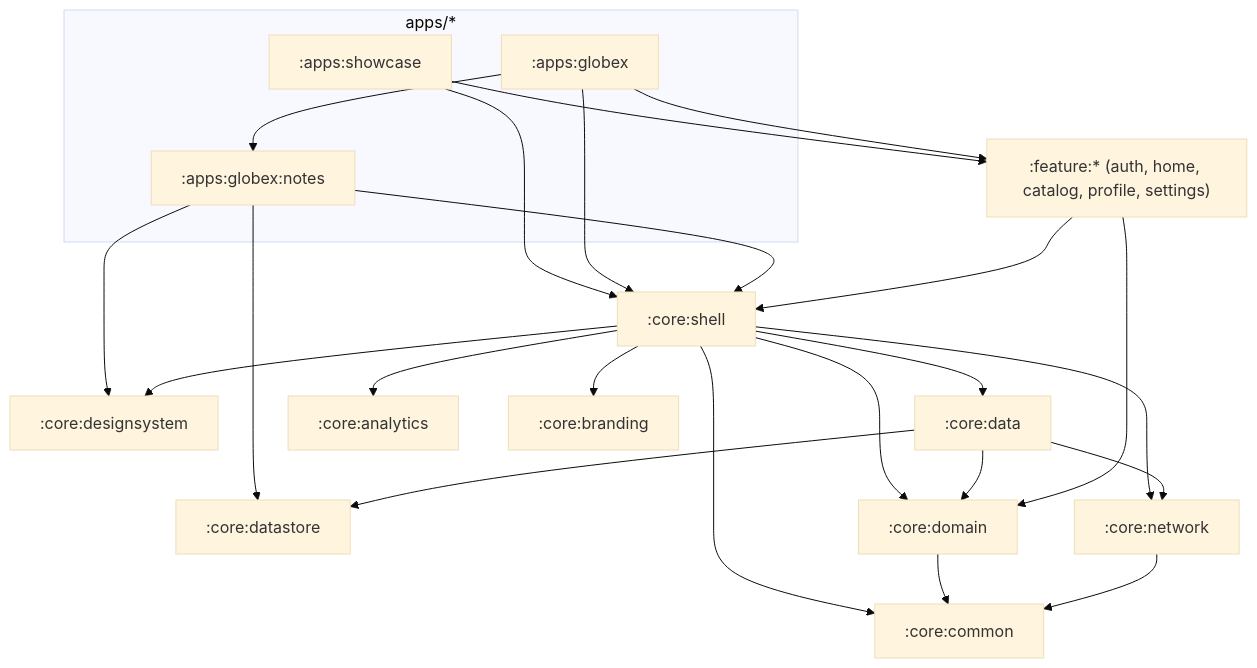
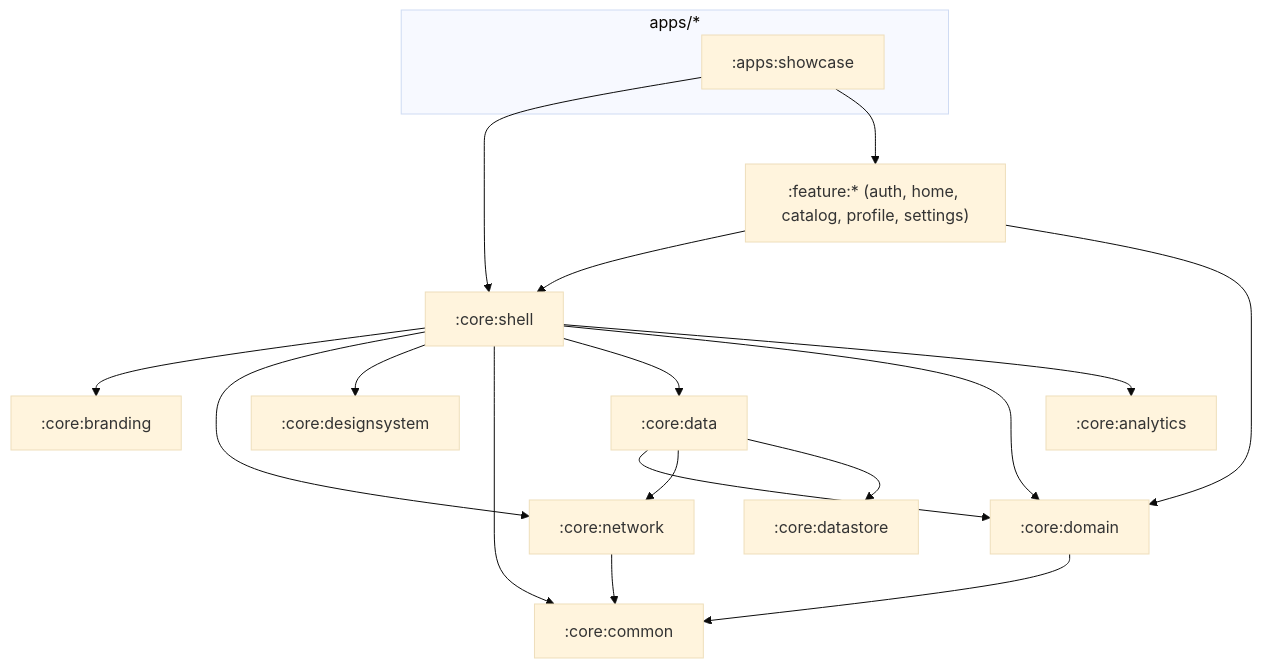
The diagram in docs/architecture.md (zakaria-hajja/whitelabel-app-kit), drawn with Mermaid (base theme) before and after one commit. The commit also changed other lines of this file and 33 other files, not shown here.

````diff
--- a/docs/architecture.md
+++ b/docs/architecture.md
@@ -40,42 +39,34 @@
 ```mermaid
 flowchart TD
     subgraph apps["apps/*"]
         showcase[":apps:showcase"]
-        globex[":apps:globex"]
-        notes[":apps:globex:notes"]
     end
     shell[":core:shell"]
     ds[":core:designsystem"]
     datastore[":core:datastore"]
     data[":core:data"]
     domain[":core:domain"]
     analytics[":core:analytics"]
     network[":core:network"]
     branding[":core:branding"]
     common[":core:common"]
     features[":feature:* (auth, home, catalog, profile, settings)"]
 
     showcase --> shell
-    globex --> shell
-    globex --> notes
-    notes --> shell
-    notes --> ds
-    notes --> datastore
     shell --> branding
     shell --> network
     shell --> ds
     shell --> common
     shell --> data
     shell --> domain
     shell --> analytics
     data --> domain
     data --> network
     data --> datastore
     domain --> common
     network --> common
     showcase --> features
-    globex --> features
     features --> shell
     features --> domain
 
 ```
````
